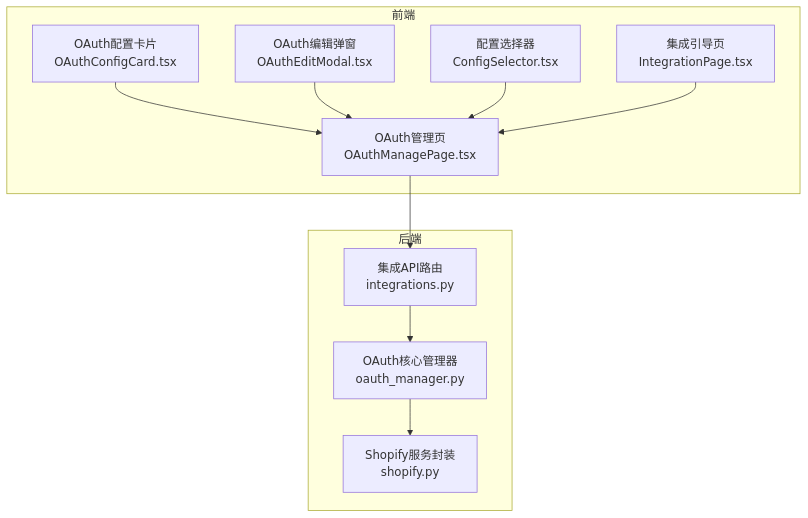
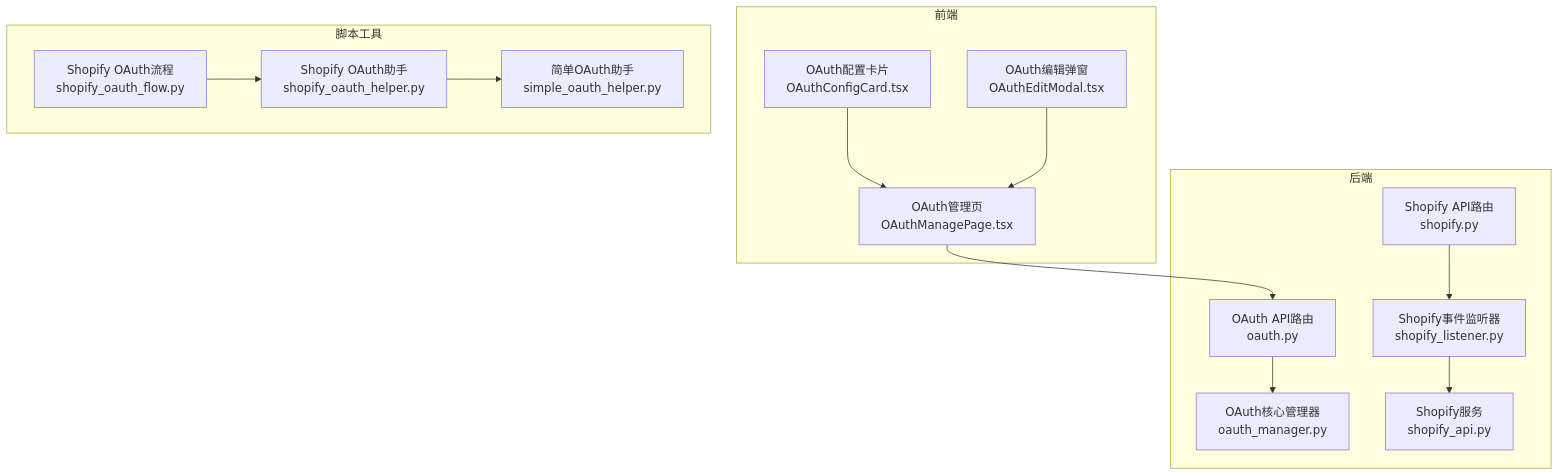
The first of 7 diagrams in .qoder/repowiki/zh/content/认证与授权/OAuth2集成.md (angledick/-), drawn with Mermaid before and after one commit. The commit also changed other lines of this file and 770 other files, not shown here.

````diff
--- a/.qoder/repowiki/zh/content/认证与授权/OAuth2集成.md
+++ b/.qoder/repowiki/zh/content/认证与授权/OAuth2集成.md
@@ -36,22 +56,28 @@
 ```mermaid
 graph TB
 subgraph "前端"
 FE_Manage["OAuth管理页<br/>OAuthManagePage.tsx"]
 FE_Card["OAuth配置卡片<br/>OAuthConfigCard.tsx"]
 FE_Edit["OAuth编辑弹窗<br/>OAuthEditModal.tsx"]
-FE_Selector["配置选择器<br/>ConfigSelector.tsx"]
-FE_Intro["集成引导页<br/>IntegrationPage.tsx"]
 end
 subgraph "后端"
-API["集成API路由<br/>integrations.py"]
+API["OAuth API路由<br/>oauth.py"]
+ShopifyAPI["Shopify API路由<br/>shopify.py"]
 Core["OAuth核心管理器<br/>oauth_manager.py"]
-SvcShopify["Shopify服务封装<br/>shopify.py"]
+Event["Shopify事件监听器<br/>shopify_listener.py"]
+Service["Shopify服务<br/>shopify_api.py"]
+end
+subgraph "脚本工具"
+Script1["Shopify OAuth流程<br/>shopify_oauth_flow.py"]
+Script2["Shopify OAuth助手<br/>shopify_oauth_helper.py"]
+Script3["简单OAuth助手<br/>simple_oauth_helper.py"]
 end
 FE_Manage --> API
 FE_Card --> FE_Manage
 FE_Edit --> FE_Manage
-FE_Selector --> FE_Manage
-FE_Intro --> FE_Manage
 API --> Core
-Core --> SvcShopify
+ShopifyAPI --> Event
+Event --> Service
+Script1 --> Script2
+Script2 --> Script3
 ```
````
